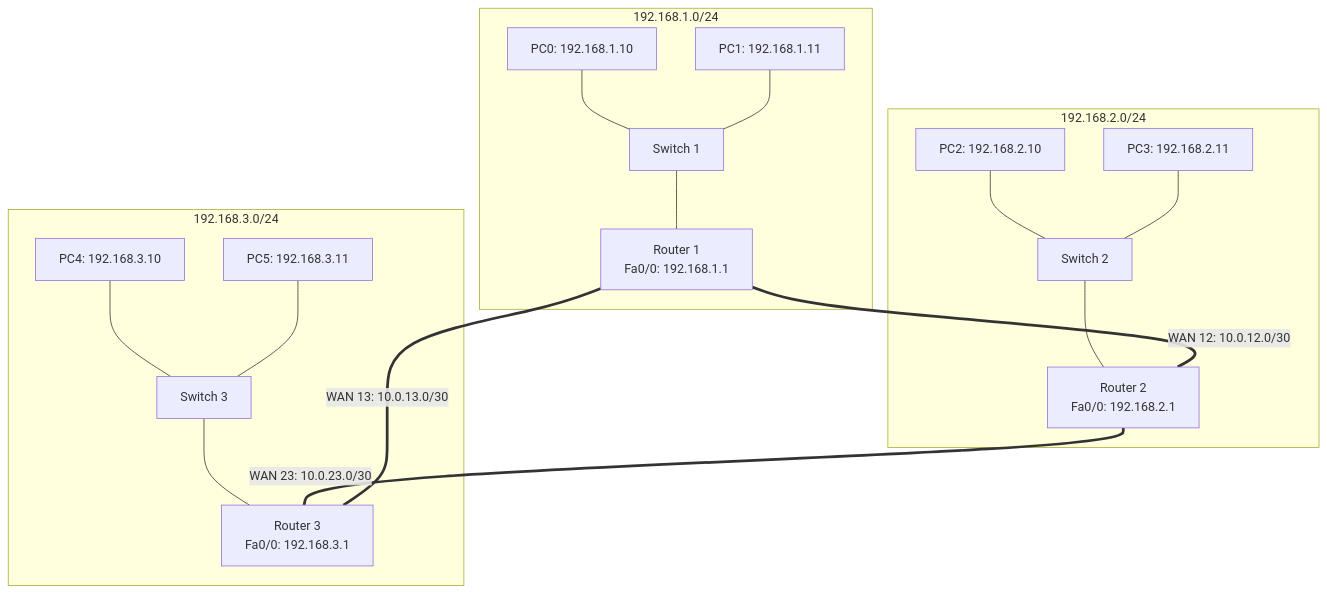
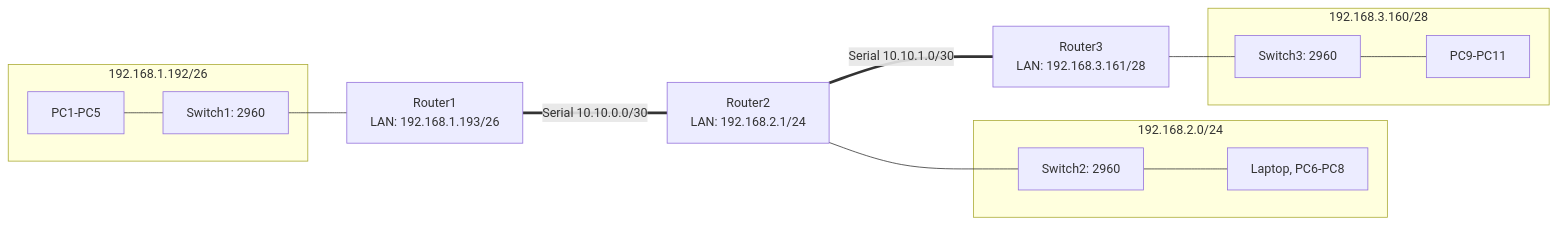
Before and after one commit to ertval/deep-in-net: the eighth of 9 diagrams in README.md, drawn with Mermaid. The commit also changed other lines of this file and 13 other files, not shown here.

````diff
--- a/README.md
+++ b/README.md
@@ -958,22 +818,18 @@
 ```mermaid
-graph TD
-    subgraph LAN 1 [192.168.1.0/24]
-        PC0[PC0: 192.168.1.10] --- SW1[Switch 1]
-        PC1[PC1: 192.168.1.11] --- SW1
-        SW1 --- R1[Router 1<br/>Fa0/0: 192.168.1.1]
+graph LR
+    subgraph Subnet 1 [192.168.1.192/26]
+        PCs1[PC1-PC5] --- SW1[Switch1: 2960]
     end
-    subgraph LAN 2 [192.168.2.0/24]
-        PC2[PC2: 192.168.2.10] --- SW2[Switch 2]
-        PC3[PC3: 192.168.2.11] --- SW2
-        SW2 --- R2[Router 2<br/>Fa0/0: 192.168.2.1]
+    subgraph Subnet 2 [192.168.2.0/24]
+        SW2[Switch2: 2960] --- PCs2[Laptop, PC6-PC8]
     end
-    subgraph LAN 3 [192.168.3.0/24]
-        PC4[PC4: 192.168.3.10] --- SW3[Switch 3]
-        PC5[PC5: 192.168.3.11] --- SW3
-        SW3 --- R3[Router 3<br/>Fa0/0: 192.168.3.1]
+    subgraph Subnet 3 [192.168.3.160/28]
+        SW3[Switch3: 2960] --- PCs3[PC9-PC11]
     end
 
-    R1 ===|WAN 12: 10.0.12.0/30| R2
-    R2 ===|WAN 23: 10.0.23.0/30| R3
-    R1 ===|WAN 13: 10.0.13.0/30| R3
+    SW1 --- R1[Router1<br/>LAN: 192.168.1.193/26]
+    R1 ===|Serial 10.10.0.0/30| R2[Router2<br/>LAN: 192.168.2.1/24]
+    R2 ===|Serial 10.10.1.0/30| R3[Router3<br/>LAN: 192.168.3.161/28]
+    R2 --- SW2
+    R3 --- SW3
 ```
````
